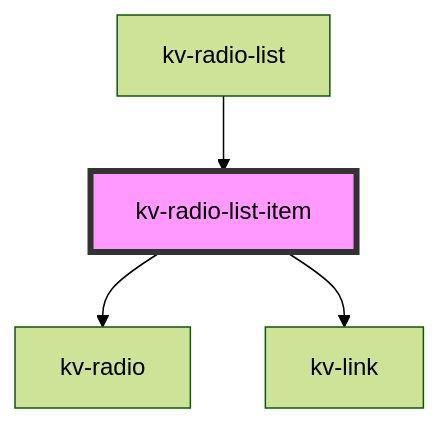
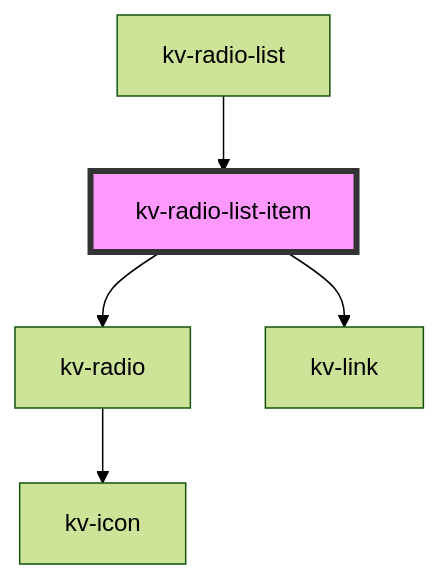
Before and after one commit to kelvininc/ui-components: the diagram in packages/ui-components/src/components/radio-list-item/readme.md, drawn with Mermaid (forest theme). The commit also changed 36 other files, not shown here.

````diff
--- a/packages/ui-components/src/components/radio-list-item/readme.md
+++ b/packages/ui-components/src/components/radio-list-item/readme.md
@@ -102,7 +102,8 @@
 ```mermaid
 graph TD;
   kv-radio-list-item --> kv-radio
   kv-radio-list-item --> kv-link
+  kv-radio --> kv-icon
   kv-radio-list --> kv-radio-list-item
   style kv-radio-list-item fill:#f9f,stroke:#333,stroke-width:4px
 ```
````
